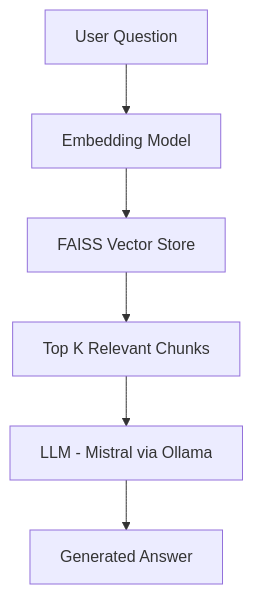
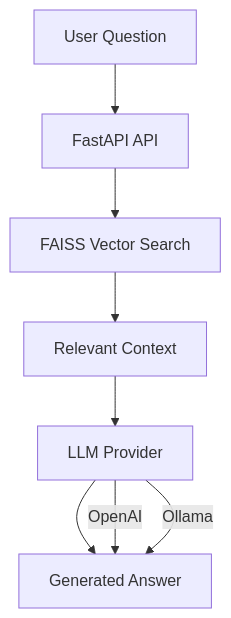
Before and after one commit to Khojasteh-hb/enterprise-rag-api: the diagram in README.md, drawn with Mermaid. The commit also changed other lines of this file, not shown here.

Commit message:
docs: improve README with architecture, Docker usage, and OpenAI support

````diff
--- a/README.md
+++ b/README.md
@@ -25,8 +26,18 @@
 ```mermaid
 flowchart TD
-A[User Question] --> B[Embedding Model]
-B --> C[FAISS Vector Store]
-C --> D[Top K Relevant Chunks]
-D --> E[LLM - Mistral via Ollama]
-E --> F[Generated Answer]
+    A[User Question]
+    B[FastAPI API]
+    C[FAISS Vector Search]
+    D[Relevant Context]
+    E[LLM Provider]
+    F[Generated Answer]
+
+    A --> B
+    B --> C
+    C --> D
+    D --> E
+    E --> F
+
+    E -->|OpenAI| F
+    E -->|Ollama| F
 ``` 
````
